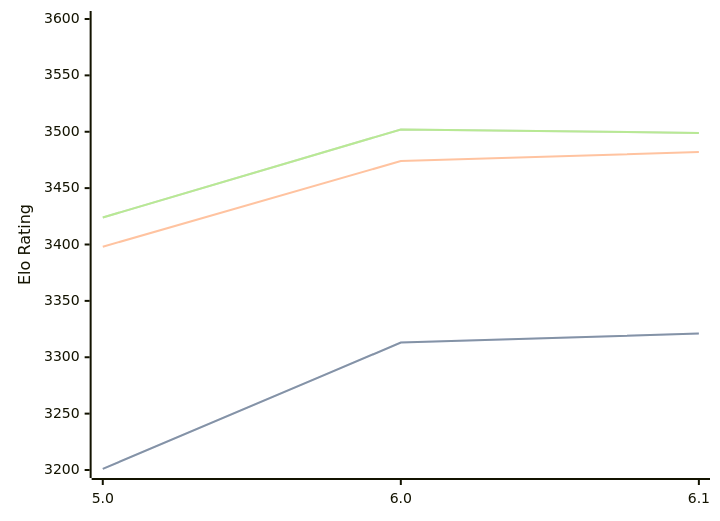
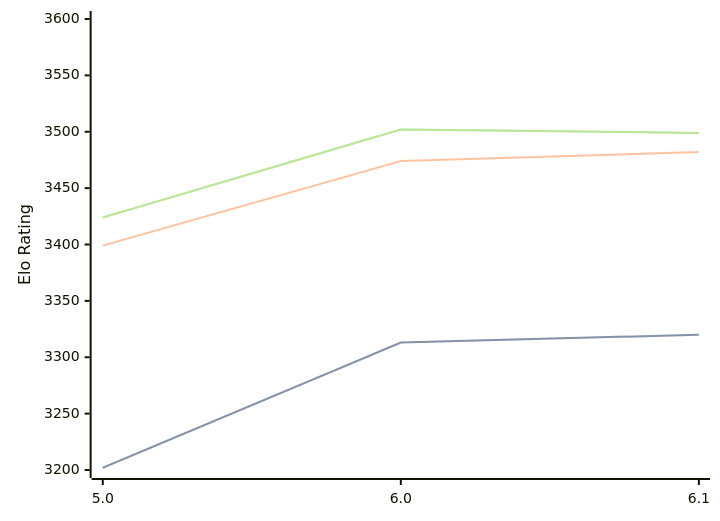
The diagram in engines/Starzix.md (computer-chess-index/cci), drawn with Mermaid before and after one commit. The commit also changed other lines of this file, not shown here.

````diff
--- a/engines/Starzix.md
+++ b/engines/Starzix.md
@@ -37,11 +37,11 @@
 ```mermaid
 %%{init: {"theme":"base","themeVariables":{"seriesColors:['#a3a3a3','#222221','#faa371']}}}%%
 xychart-beta
   x-axis ["5.0", "6.0", "6.1"]
   y-axis "Elo Rating" 3200 --> 3600
-  line "STC (8.0+0.08s)" [3201, 3313, 3321]
-  line "STC (8.0+0.08s)" [3201, 3313, 3321]
-  line "LTC (60.0+0.60s)" [3398, 3474, 3482]
+  line "STC (8.0+0.08s)" [3202, 3313, 3320]
+  line "STC (8.0+0.08s)" [3202, 3313, 3320]
+  line "LTC (60.0+0.60s)" [3399, 3474, 3482]
   line "VLTC (2m24s+1.12s)" [3424, 3502, 3499]
   line "VLTC (2m24s+1.12s)" [3424, 3502, 3499]
 ```
````
